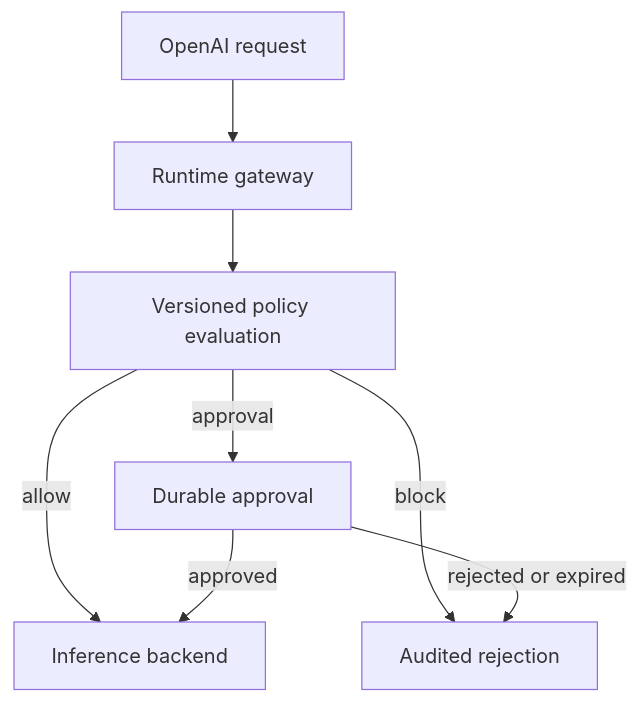
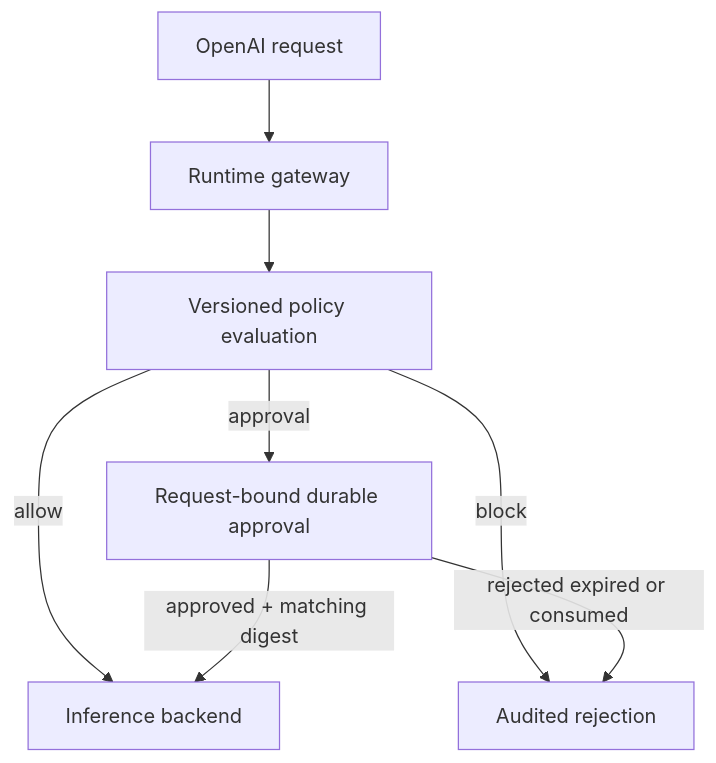
Before and after one commit to justrunme/ai-infra-control-plane: the diagram in docs/product-roadmap.md, drawn with Mermaid. The commit also changed other lines of this file and 25 other files, not shown here.

````diff
--- a/docs/product-roadmap.md
+++ b/docs/product-roadmap.md
@@ -42,10 +27,10 @@
 ```mermaid
 flowchart TD
     A["OpenAI request"] --> B["Runtime gateway"]
     B --> C["Versioned policy evaluation"]
     C -->|allow| D["Inference backend"]
     C -->|block| E["Audited rejection"]
-    C -->|approval| F["Durable approval"]
-    F -->|approved| D
-    F -->|rejected or expired| E
+    C -->|approval| F["Request-bound durable approval"]
+    F -->|approved + matching digest| D
+    F -->|rejected expired or consumed| E
 ```
````
